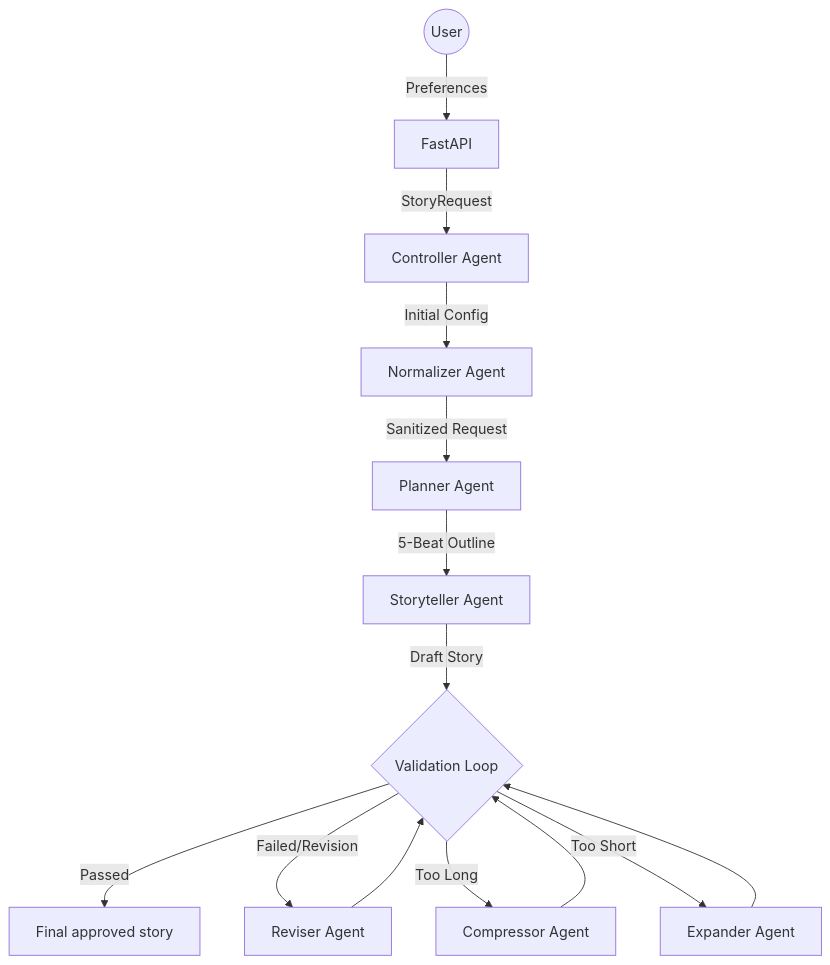
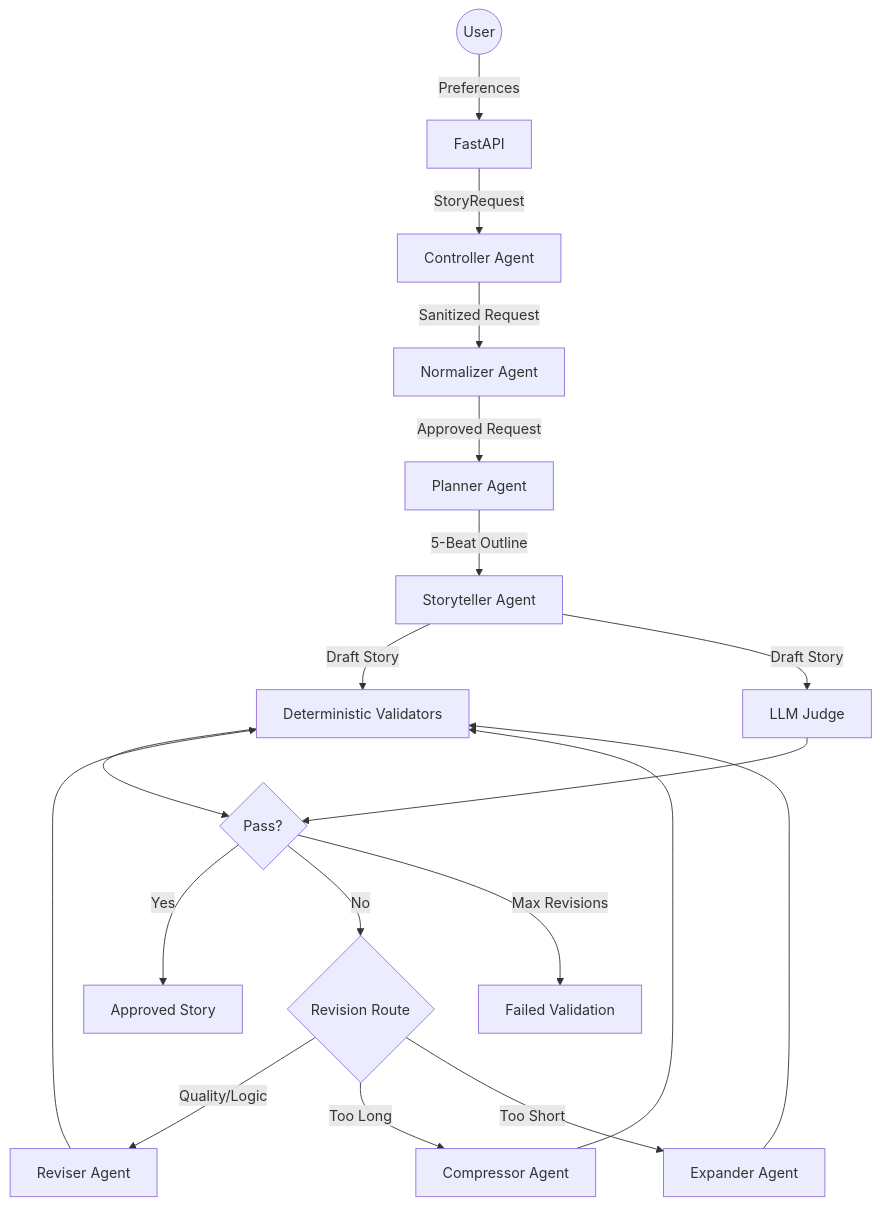
Before and after one commit to mansii-28/Bedtime_Story_Generator: the diagram in README.md, drawn with Mermaid. The commit also changed 1 other file, not shown here.

Commit message:
Update system architecture diagrams to include LLM Judge and Validators

````diff
--- a/README.md
+++ b/README.md
@@ -23,16 +23,26 @@
 ```mermaid
 graph TD
     User((User)) -->|Preferences| API[FastAPI]
     API -->|StoryRequest| Controller[Controller Agent]
-    Controller -->|Initial Config| Normalizer[Normalizer Agent]
-    Normalizer -->|Sanitized Request| Planner[Planner Agent]
+    Controller -->|Sanitized Request| Normalizer[Normalizer Agent]
+    Normalizer -->|Approved Request| Planner[Planner Agent]
     Planner -->|5-Beat Outline| Storyteller[Storyteller Agent]
-    Storyteller -->|Draft Story| PipelineLoop{Validation Loop}
-    PipelineLoop -->|Passed| Approved[Final approved story]
-    PipelineLoop -->|Failed/Revision| Reviser[Reviser Agent]
-    PipelineLoop -->|Too Long| Compressor[Compressor Agent]
-    PipelineLoop -->|Too Short| Expander[Expander Agent]
-    Reviser --> PipelineLoop
-    Compressor --> PipelineLoop
-    Expander --> PipelineLoop
+    
+    Storyteller -->|Draft Story| Validators[Deterministic Validators]
+    Storyteller -->|Draft Story| Judge[LLM Judge]
+    
+    Validators --> Decision{Pass?}
+    Judge --> Decision
+    
+    Decision -->|Yes| Approved[Approved Story]
+    Decision -->|No| RevisionRoute{Revision Route}
+    Decision -->|Max Revisions| Failed[Failed Validation]
+    
+    RevisionRoute -->|Quality/Logic| Reviser[Reviser Agent]
+    RevisionRoute -->|Too Long| Compressor[Compressor Agent]
+    RevisionRoute -->|Too Short| Expander[Expander Agent]
+    
+    Reviser --> Validators
+    Compressor --> Validators
+    Expander --> Validators
 ```
````
